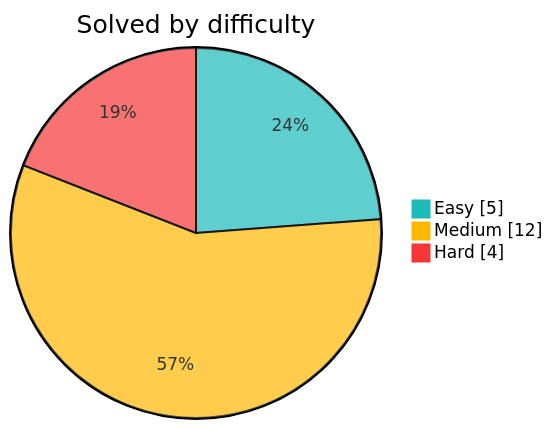
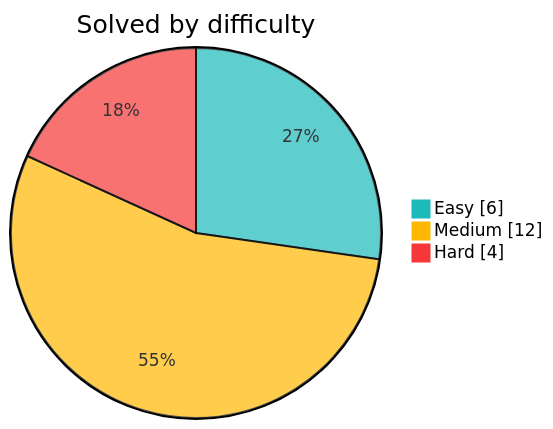
One commit to Sekler09/algorithms changed the diagram in README.md. Above: the diagram before and after it, drawn with Mermaid. The commit also changed other lines of this file and 3 other files, not shown here.

````diff
--- a/README.md
+++ b/README.md
@@ -9,8 +9,8 @@
 ```mermaid
 %%{init: {"themeVariables": {"pie1": "#1cbaba", "pie2": "#ffb700", "pie3": "#f63737"}}}%%
 pie showData
     title Solved by difficulty
-    "Easy" : 5
+    "Easy" : 6
     "Medium" : 12
     "Hard" : 4
 ```
````
